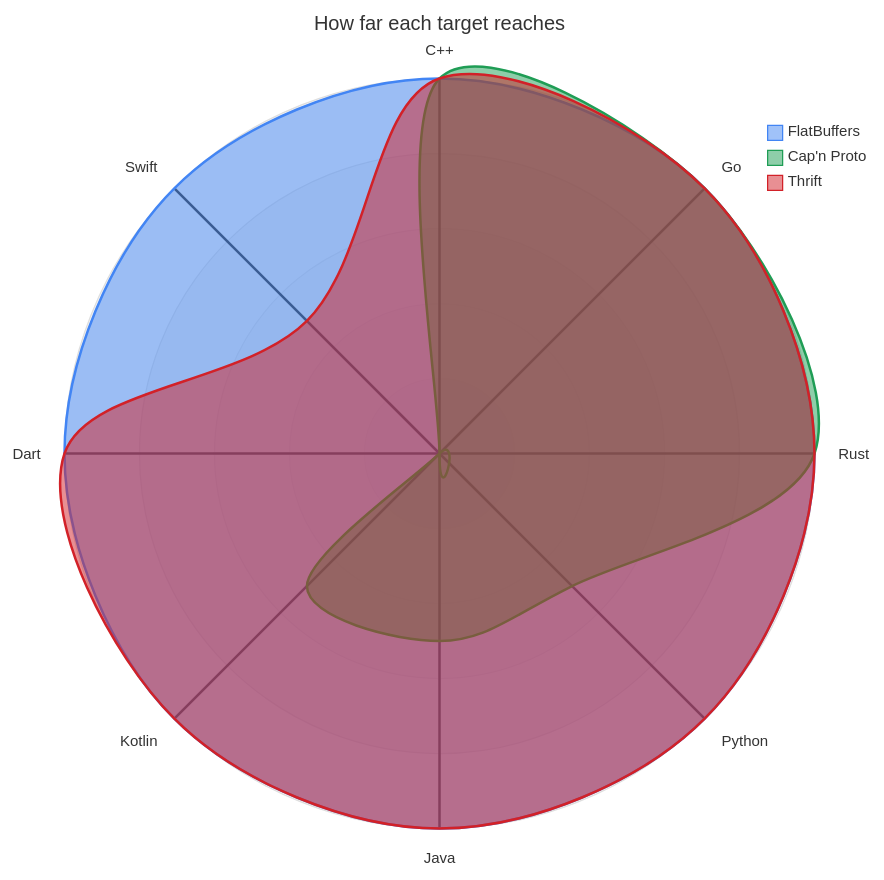
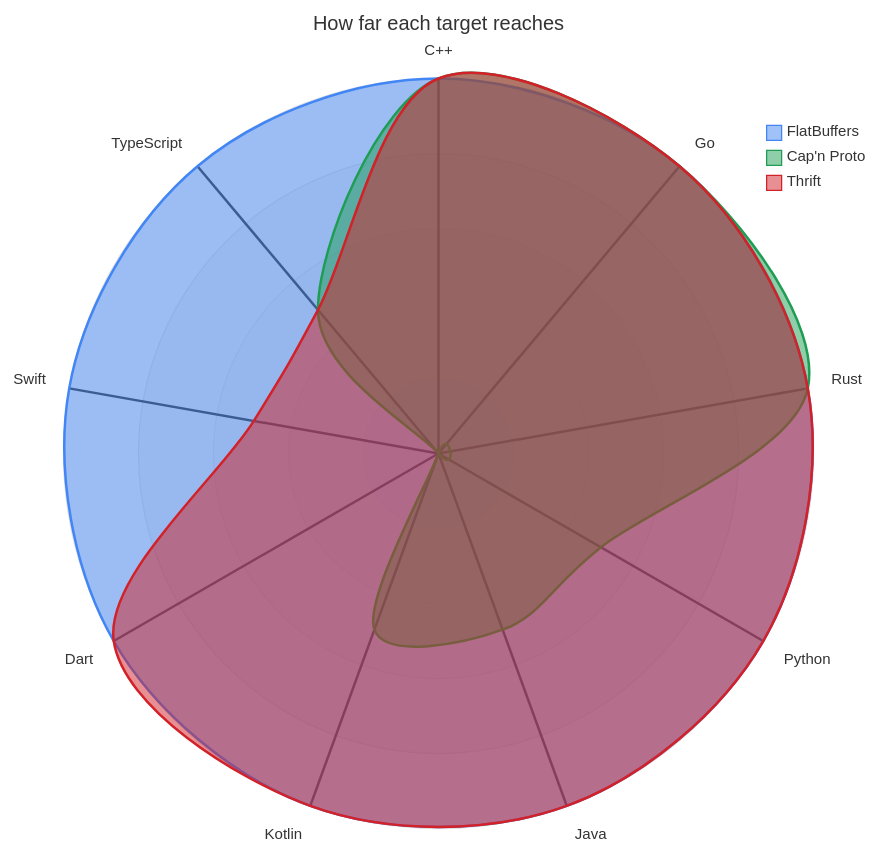
The second of 7 diagrams in README.md (the-protobuf-project/buffers), drawn with Mermaid before and after one commit. The commit also changed other lines of this file and 8 other files, not shown here.

Commit message:
Enhance TypeScript support: add TypeScript to language lists, improve warnings for Cap'n Proto imports, and implement tests for TypeScript compilation and layout rules

````diff
--- a/README.md
+++ b/README.md
@@ -179,20 +179,21 @@
 ```mermaid
 ---
 title: "How far each target reaches"
 config:
   themeVariables:
     cScale0: "#4285F4"
     cScale1: "#1F9D55"
     cScale2: "#D22128"
 ---
 radar-beta
   axis cpp["C++"], go["Go"], rust["Rust"], py["Python"]
   axis java["Java"], kt["Kotlin"], dart["Dart"], swift["Swift"]
+  axis ts["TypeScript"]
 
-  curve fb["FlatBuffers"]{2, 2, 2, 2, 2, 2, 2, 2}
-  curve cp["Cap'n Proto"]{2, 2, 2, 1, 1, 1, 0, 0}
-  curve th["Thrift"]{2, 2, 2, 2, 2, 2, 2, 1}
+  curve fb["FlatBuffers"]{2, 2, 2, 2, 2, 2, 2, 2, 2}
+  curve cp["Cap'n Proto"]{2, 2, 2, 1, 1, 1, 0, 0, 1}
+  curve th["Thrift"]{2, 2, 2, 2, 2, 2, 2, 1, 1}
 
   max 2
   min 0
 ```
````
